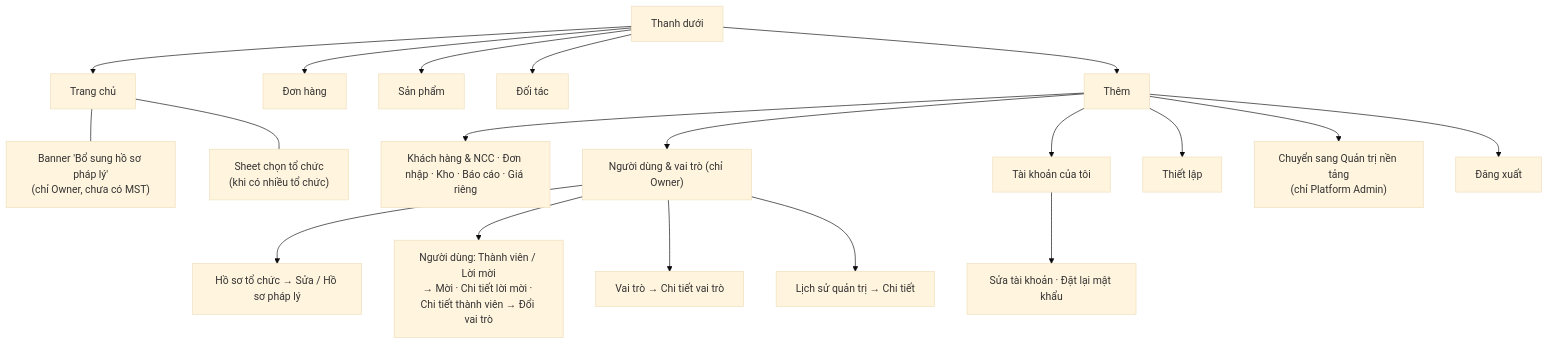
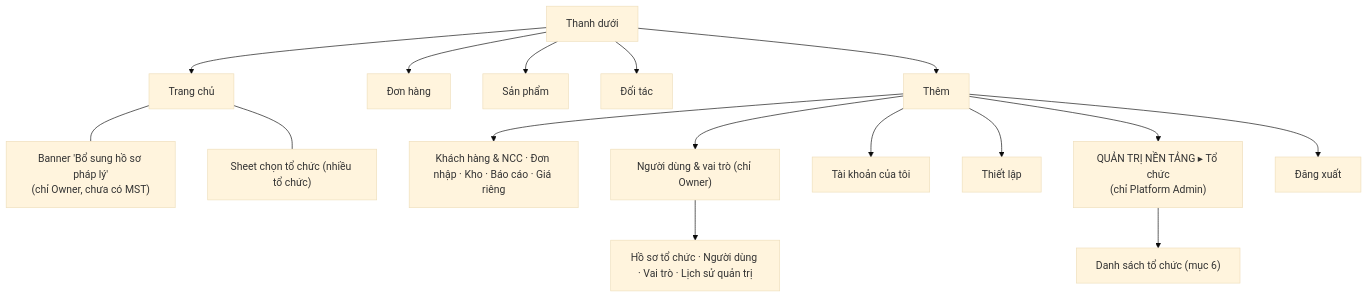
Before and after one commit to DsChien102/erp-sales-inventory: the fourth of 5 diagrams in docs/02-yeu-cau/LUONG-UNG-DUNG.md, drawn with Mermaid (base theme). The commit also changed other lines of this file and 5 other files, not shown here.

First line of the commit message:
docs: choose option A for platform admin (organization management in More tab)

````diff
--- a/docs/02-yeu-cau/LUONG-UNG-DUNG.md
+++ b/docs/02-yeu-cau/LUONG-UNG-DUNG.md
@@ -141,21 +112,18 @@
 ```mermaid
 flowchart TD
   NAV["Thanh dưới"] --> T1["Trang chủ"]
   NAV --> T2["Đơn hàng"]
   NAV --> T3["Sản phẩm"]
   NAV --> T4["Đối tác"]
   NAV --> T5["Thêm"]
   T1 --- BAN["Banner 'Bổ sung hồ sơ pháp lý'<br/>(chỉ Owner, chưa có MST)"]
-  T1 --- SEL["Sheet chọn tổ chức<br/>(khi có nhiều tổ chức)"]
+  T1 --- SEL["Sheet chọn tổ chức (nhiều tổ chức)"]
   T5 --> M1["Khách hàng & NCC · Đơn nhập · Kho · Báo cáo · Giá riêng"]
   T5 --> M2["Người dùng & vai trò (chỉ Owner)"]
   T5 --> M3["Tài khoản của tôi"]
   T5 --> M4["Thiết lập"]
-  T5 --> M5["Chuyển sang Quản trị nền tảng<br/>(chỉ Platform Admin)"]
+  T5 --> M5["QUẢN TRỊ NỀN TẢNG ▸ Tổ chức<br/>(chỉ Platform Admin)"]
   T5 --> M6["Đăng xuất"]
-  M2 --> U1["Hồ sơ tổ chức → Sửa / Hồ sơ pháp lý"]
-  M2 --> U2["Người dùng: Thành viên / Lời mời<br/>→ Mời · Chi tiết lời mời · Chi tiết thành viên → Đổi vai trò"]
-  M2 --> U3["Vai trò → Chi tiết vai trò"]
-  M2 --> U4["Lịch sử quản trị → Chi tiết"]
-  M3 --> A1["Sửa tài khoản · Đặt lại mật khẩu"]
+  M2 --> U1["Hồ sơ tổ chức · Người dùng · Vai trò · Lịch sử quản trị"]
+  M5 --> P1["Danh sách tổ chức (mục 6)"]
 ```
````
